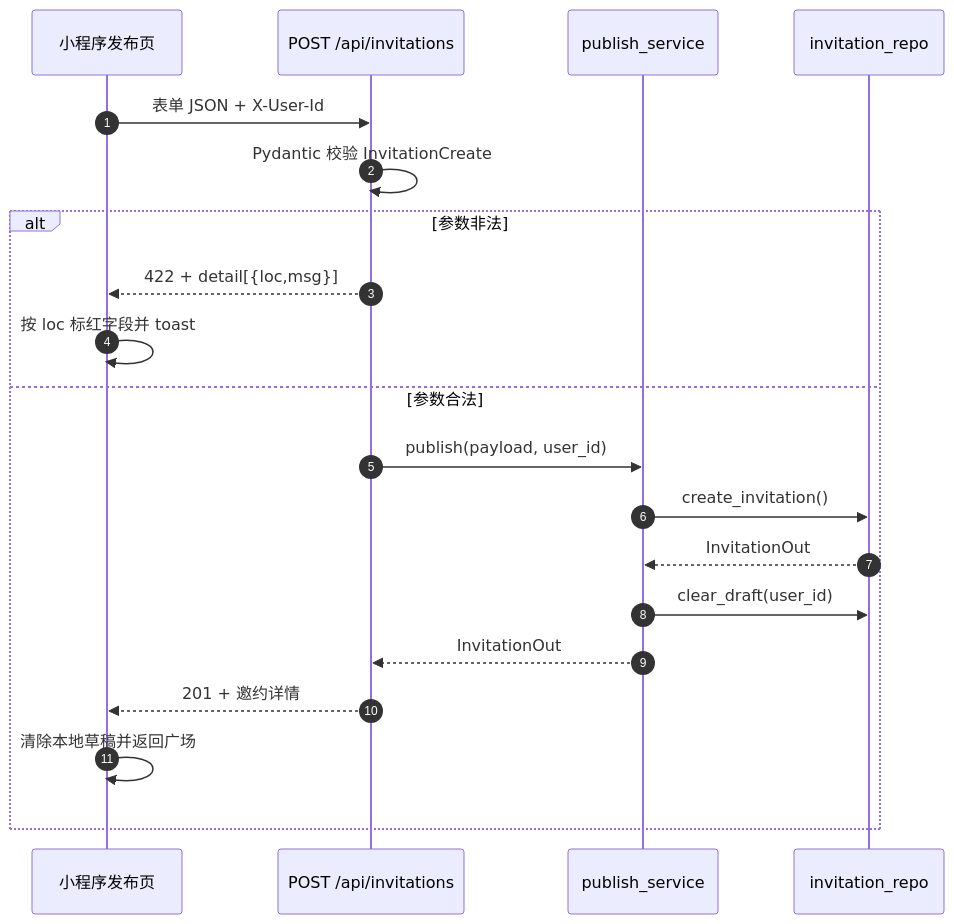
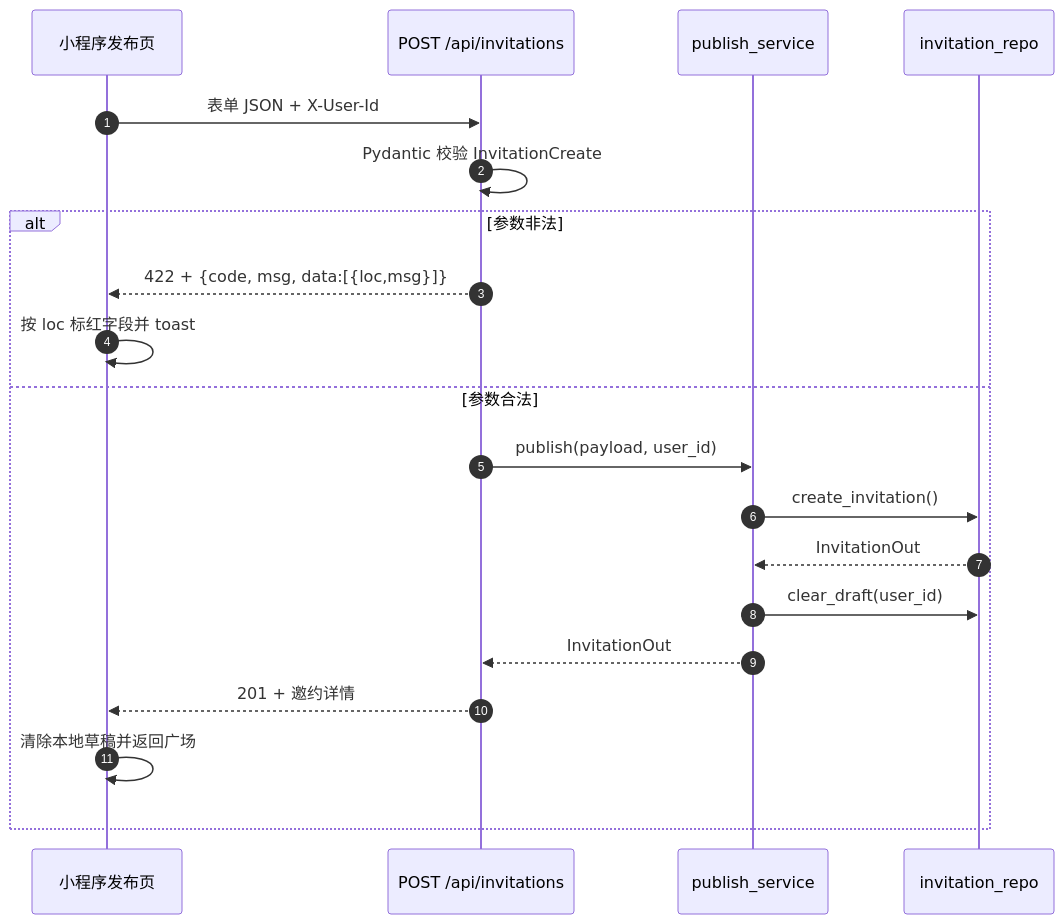
The fourth of 7 diagrams in docs/architecture.md (H1230666/Campus-mate), drawn with Mermaid before and after one commit. The commit also changed other lines of this file, not shown here.

````diff
--- a/docs/architecture.md
+++ b/docs/architecture.md
@@ -321,23 +321,23 @@
 ```mermaid
 sequenceDiagram
     autonumber
     participant MP as 小程序发布页
     participant API as POST /api/invitations
     participant SVC as publish_service
     participant REPO as invitation_repo
 
     MP->>API: 表单 JSON + X-User-Id
     API->>API: Pydantic 校验 InvitationCreate
     alt 参数非法
-        API-->>MP: 422 + detail[{loc,msg}]
+        API-->>MP: 422 + {code, msg, data:[{loc,msg}]}
         MP->>MP: 按 loc 标红字段并 toast
     else 参数合法
         API->>SVC: publish(payload, user_id)
         SVC->>REPO: create_invitation()
         REPO-->>SVC: InvitationOut
         SVC->>REPO: clear_draft(user_id)
         SVC-->>API: InvitationOut
         API-->>MP: 201 + 邀约详情
         MP->>MP: 清除本地草稿并返回广场
     end
 ```
````
